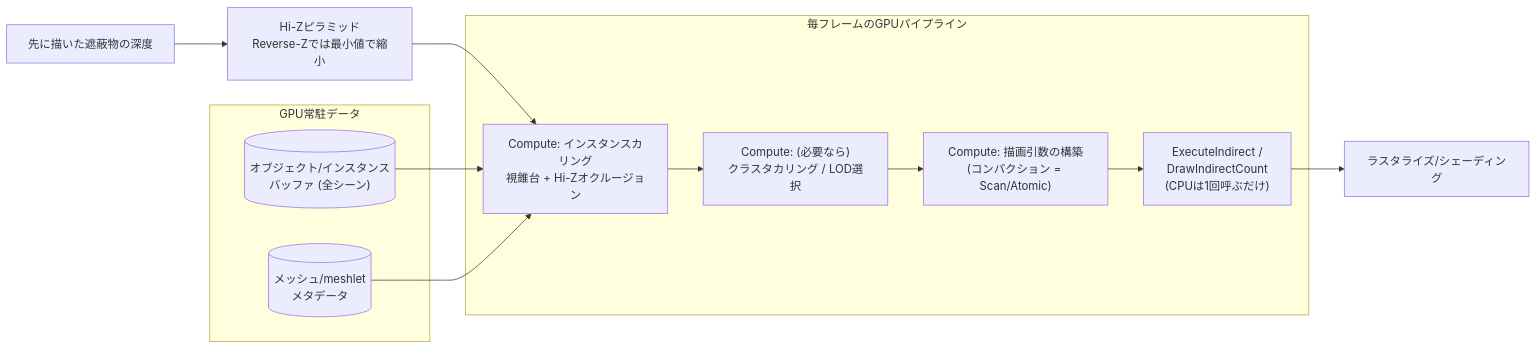
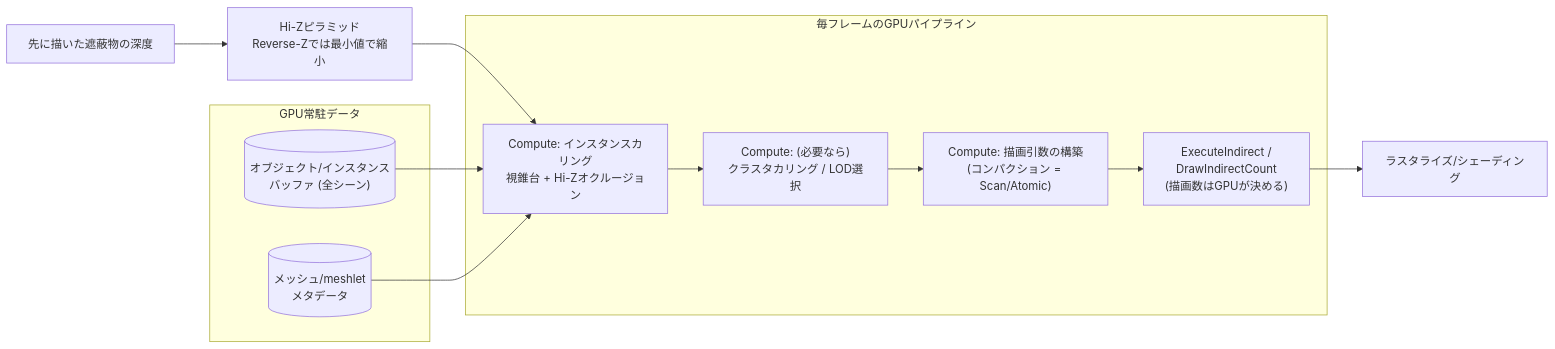
The first of 2 diagrams in study/docs/graphics/optimization/gpu-driven.md (sny0/sny0.github.io), drawn with Mermaid before and after one commit. The commit also changed other lines of this file and 1 other file, not shown here.

````diff
--- a/study/docs/graphics/optimization/gpu-driven.md
+++ b/study/docs/graphics/optimization/gpu-driven.md
@@ -53,15 +53,15 @@
 ```mermaid
 flowchart LR
     subgraph GPU常駐データ
         OB[("オブジェクト/インスタンス<br/>バッファ (全シーン)")]
         MB[("メッシュ/meshlet<br/>メタデータ")]
     end
     subgraph 毎フレームのGPUパイプライン
         C1["Compute: インスタンスカリング<br/>視錐台 + Hi-Zオクルージョン"] --> C2["Compute: (必要なら)<br/>クラスタカリング / LOD選択"]
         C2 --> C3["Compute: 描画引数の構築<br/>(コンパクション = Scan/Atomic)"]
-        C3 --> IND["ExecuteIndirect /<br/>DrawIndirectCount<br/>(CPUは1回呼ぶだけ)"]
+        C3 --> IND["ExecuteIndirect /<br/>DrawIndirectCount<br/>(描画数はGPUが決める)"]
     end
     DEPTH["先に描いた遮蔽物の深度"] --> HIZ["Hi-Zピラミッド<br/>Reverse-Zでは最小値で縮小"] --> C1
     OB & MB --> C1
     IND --> R[ラスタライズ/シェーディング]
 ```
````
